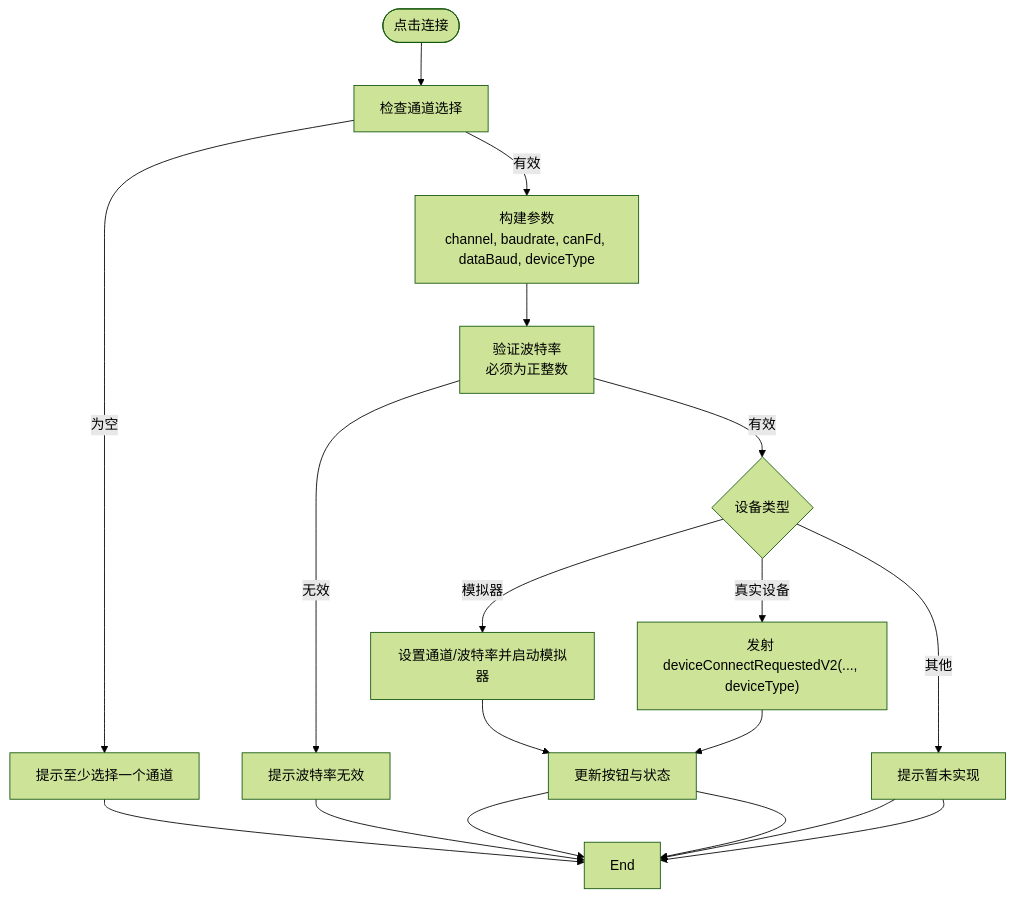
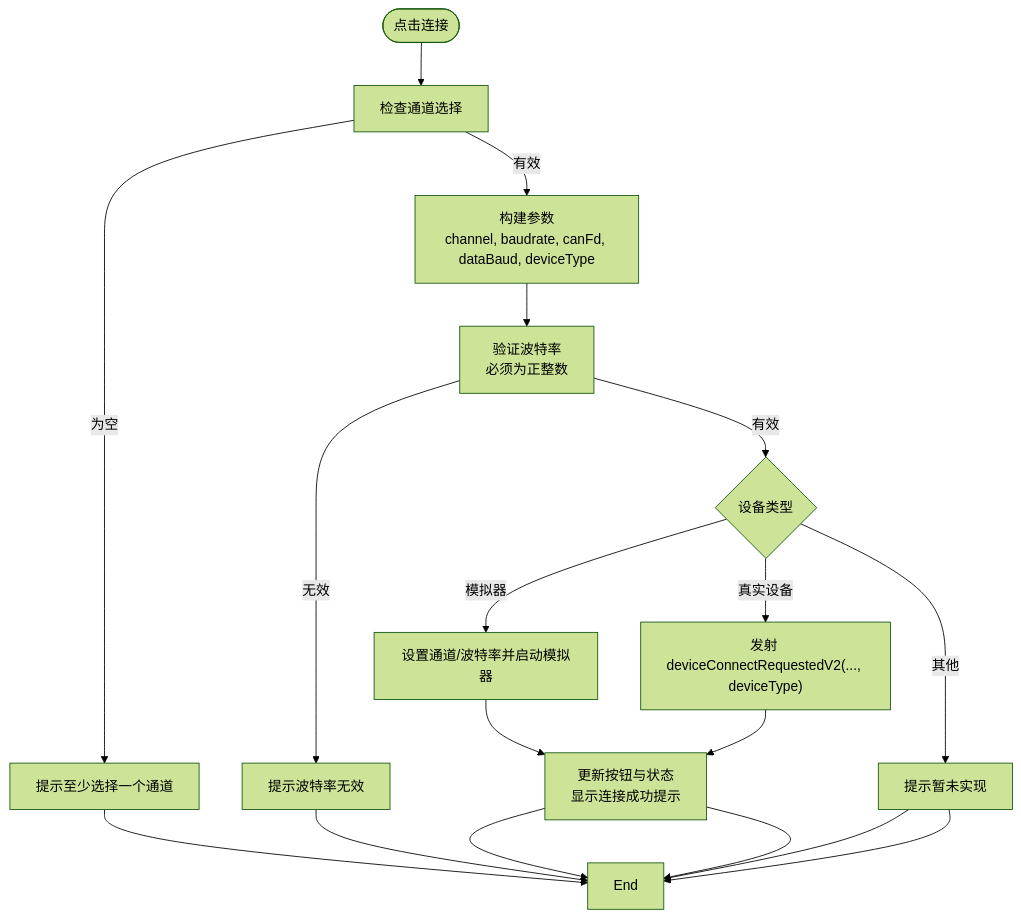
One commit to jakecai1225-design/OpenBus changed the third of 5 diagrams in .qoder/repowiki/zh/content/架构设计/UI系统设计/设备连接界面.md. Above: the diagram before and after it, drawn with Mermaid (forest theme). The commit also changed other lines of this file and 27 other files, not shown here.

````diff
--- a/.qoder/repowiki/zh/content/架构设计/UI系统设计/设备连接界面.md
+++ b/.qoder/repowiki/zh/content/架构设计/UI系统设计/设备连接界面.md
@@ -181,15 +199,15 @@
 ```mermaid
 flowchart TD
 Start(["点击"连接""]) --> CheckCh["检查通道选择"]
 CheckCh --> |为空| Warn["提示至少选择一个通道"] --> End
 CheckCh --> |有效| Build["构建参数<br/>channel, baudrate, canFd, dataBaud, deviceType"]
 Build --> Validate["验证波特率<br/>必须为正整数"]
 Validate --> |无效| Error["提示波特率无效"] --> End
 Validate --> |有效| Kind{"设备类型"}
 Kind --> |模拟器| SimStart["设置通道/波特率并启动模拟器"]
 Kind --> |真实设备| EmitV2["发射 deviceConnectRequestedV2(..., deviceType)"]
 Kind --> |其他| Info["提示暂未实现"] --> End
-SimStart --> UpdateUI["更新按钮与状态"] --> End
+SimStart --> UpdateUI["更新按钮与状态<br/>显示连接成功提示"] --> End
 EmitV2 --> UpdateUI --> End
 Info --> End
 ```
````
